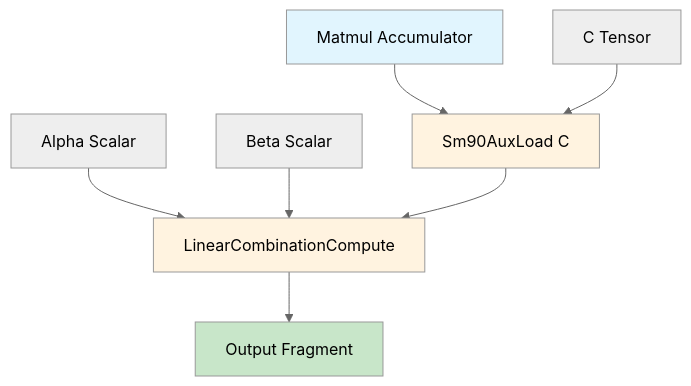
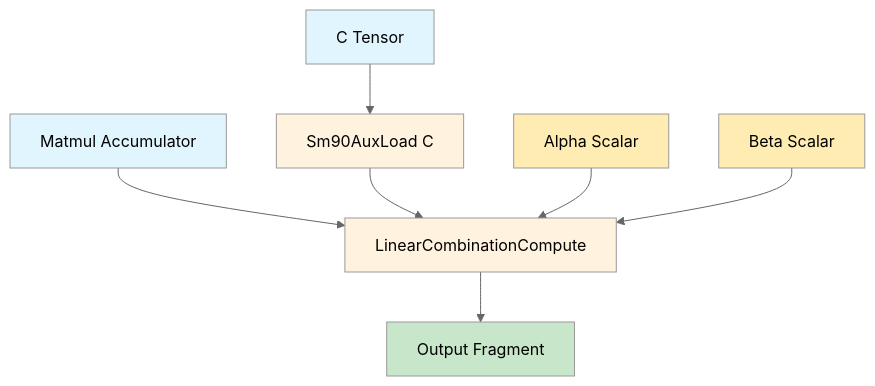
Before and after one commit to jacobhinkle/cutlass: the second of 4 diagrams in NVFuserEVTTranslation.md, drawn with Mermaid (neutral theme). The commit also changed other lines of this file, not shown here.

First line of the commit message:
[AI] Improve Mermaid diagrams in NVFuserEVTTranslation.md

````diff
--- a/NVFuserEVTTranslation.md
+++ b/NVFuserEVTTranslation.md
@@ -165,14 +191,17 @@
 ```mermaid
 graph TD
-    A[Matmul Accumulator] --> B[Sm90AuxLoad C]
-    C[C Tensor] --> B
-    D[Alpha Scalar] --> E[LinearCombinationCompute]
+    A[Matmul Accumulator] --> E[LinearCombinationCompute]
+    C[C Tensor] --> B[Sm90AuxLoad C]
+    B --> E
+    D[Alpha Scalar] --> E
     F[Beta Scalar] --> E
-    B --> E
     E --> G[Output Fragment]
     
     style A fill:#e1f5fe
+    style C fill:#e1f5fe
+    style D fill:#ffecb3
+    style F fill:#ffecb3
     style G fill:#c8e6c9
     style B fill:#fff3e0
     style E fill:#fff3e0
 ```
````
